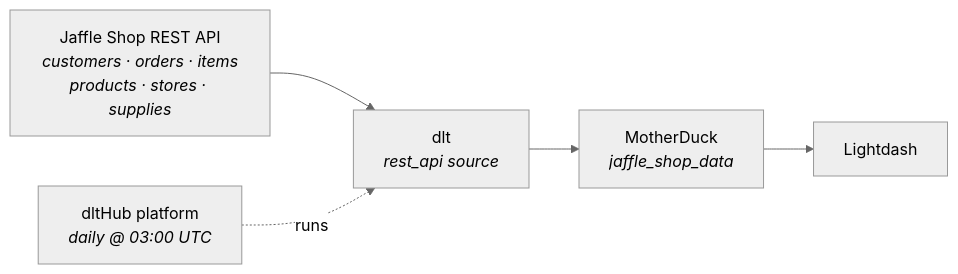
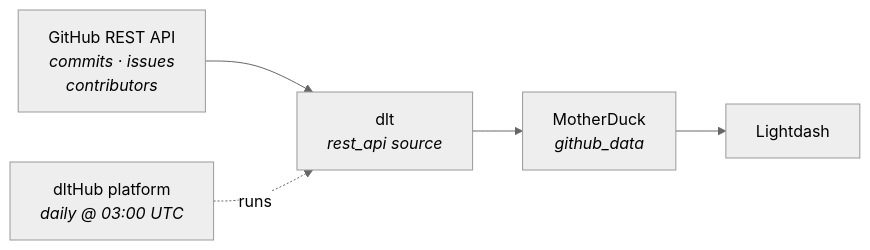
Before and after one commit to dlt-hub/dlthub-motherduck-lightdash-demo: the diagram in README.md, drawn with Mermaid (neutral theme). The commit also changed other lines of this file, not shown here.

Commit message:
Adapt README to GitHub API demo

````diff
--- a/README.md
+++ b/README.md
@@ -9,10 +9,10 @@
 ```mermaid
 flowchart LR
-    A["Jaffle Shop REST API<br/><i>customers · orders · items<br/>products · stores · supplies</i>"]
+    A["GitHub REST API<br/><i>commits · issues<br/>contributors</i>"]
     B["dlt<br/><i>rest_api source</i>"]
-    C["MotherDuck<br/><i>jaffle_shop_data</i>"]
+    C["MotherDuck<br/><i>github_data</i>"]
     D["Lightdash"]
     E["dltHub platform<br/><i>daily @ 03:00 UTC</i>"]
     A --> B --> C --> D
     E -. runs .-> B
 ```
````
